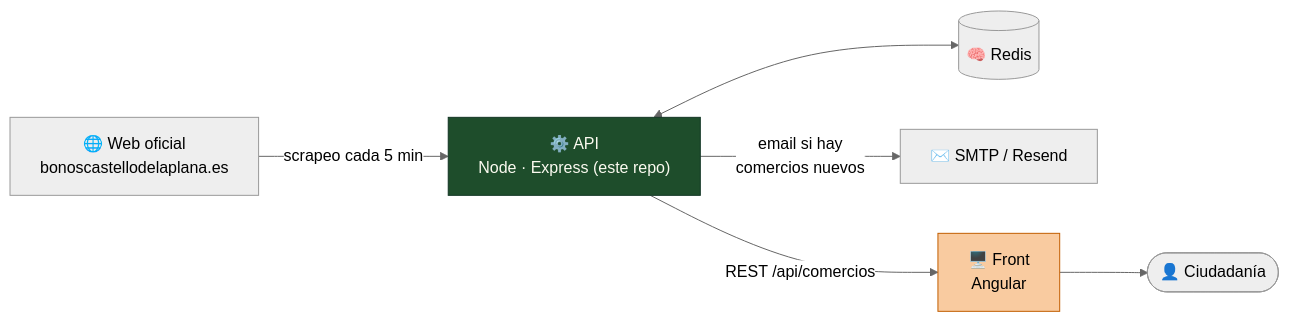
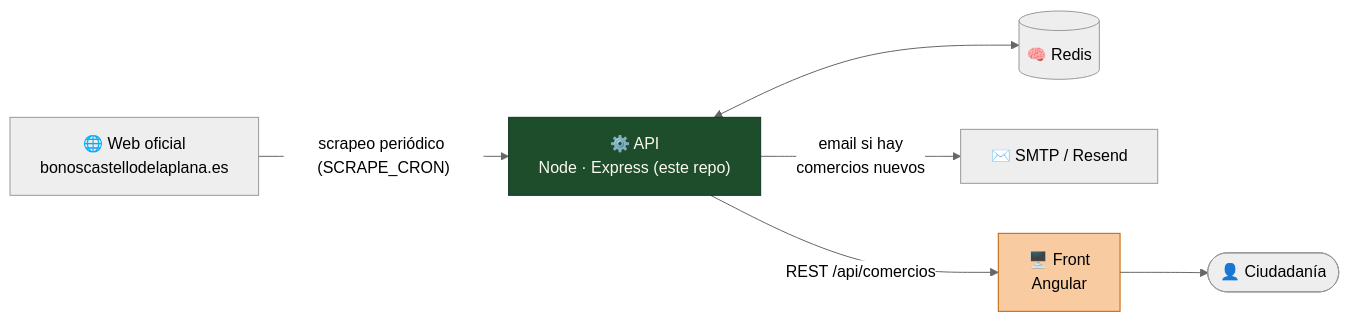
One commit to ElMaxter99/castellon-comercio-notificator-api changed the first of 2 diagrams in README.md. Above: the diagram before and after it, drawn with Mermaid (neutral theme). The commit also changed other lines of this file and 14 other files, not shown here.

First line of the commit message:
feat: frecuencia del scrapeo configurable con SCRAPE_CRON y salud adaptada (v2.3.0)

````diff
--- a/README.md
+++ b/README.md
@@ -36,11 +36,11 @@
 ```mermaid
 flowchart LR
-    W["🌐 Web oficial<br/>bonoscastellodelaplana.es"] -- "scrapeo cada 5 min" --> A["⚙️ API<br/>Node · Express (este repo)"]
+    W["🌐 Web oficial<br/>bonoscastellodelaplana.es"] -- "scrapeo periódico (SCRAPE_CRON)" --> A["⚙️ API<br/>Node · Express (este repo)"]
     A <--> R[("🧠 Redis")]
     A -- "email si hay<br/>comercios nuevos" --> M["✉️ SMTP / Resend"]
     A -- "REST /api/comercios" --> F["🖥️ Front<br/>Angular"]
     F --> U(["👤 Ciudadanía"])
 
     style A fill:#1E4D2B,color:#FBFAF0,stroke:#123524
     style F fill:#F9CBA0,stroke:#C25E00
 ```
````
